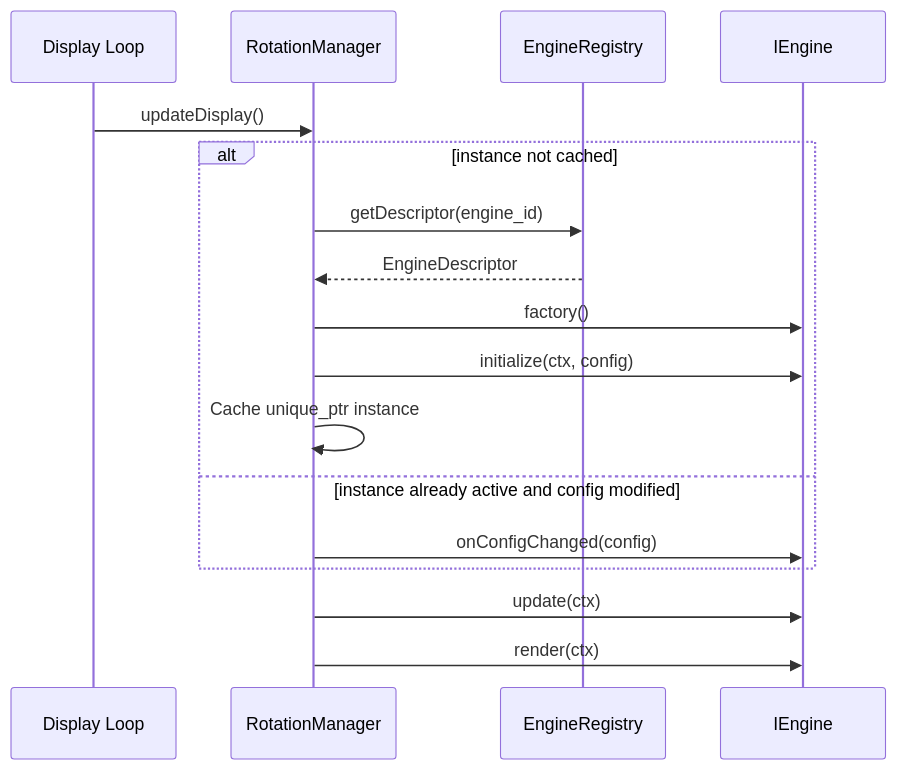
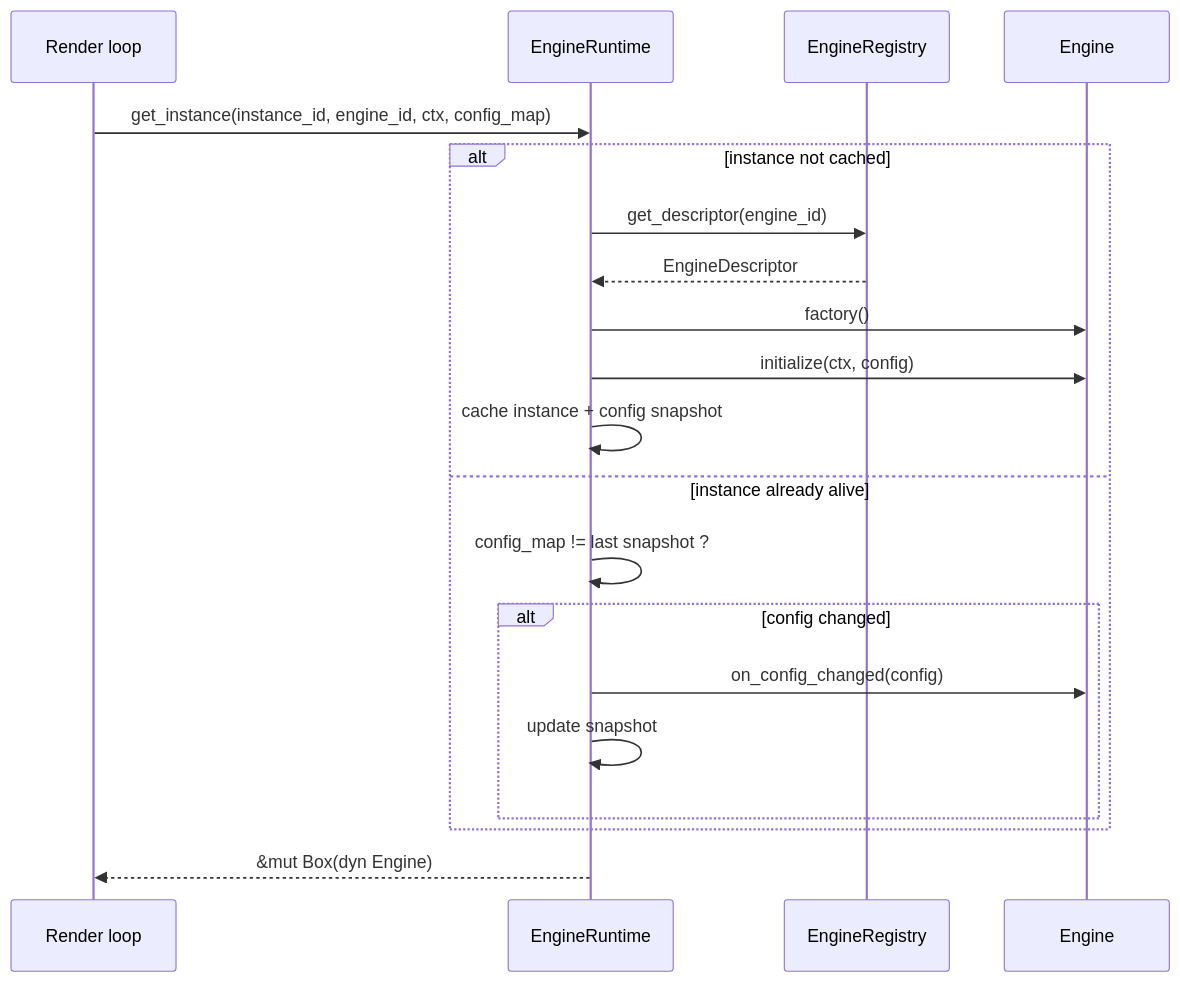
The fourth of 15 diagrams in docs/ARCHITECTURE.md (red77290/ArcadeMatrix), drawn with Mermaid before and after one commit. The commit also changed other lines of this file and 16 other files, not shown here.

````diff
--- a/docs/ARCHITECTURE.md
+++ b/docs/ARCHITECTURE.md
@@ -259,20 +248,23 @@
 ```mermaid
 sequenceDiagram
-    participant MainLoop as Display Loop
-    participant RM as RotationManager
+    participant RLoop as Render loop
+    participant RT as EngineRuntime
     participant Reg as EngineRegistry
-    participant Eng as IEngine
+    participant Eng as Engine
 
-    MainLoop->>RM: updateDisplay()
+    RLoop->>RT: get_instance(instance_id, engine_id, ctx, config_map)
     alt instance not cached
-        RM->>Reg: getDescriptor(engine_id)
-        Reg-->>RM: EngineDescriptor
-        RM->>Eng: factory()
-        RM->>Eng: initialize(ctx, config)
-        RM->>RM: Cache unique_ptr instance
-    else instance already active and config modified
-        RM->>Eng: onConfigChanged(config)
+        RT->>Reg: get_descriptor(engine_id)
+        Reg-->>RT: EngineDescriptor
+        RT->>Eng: factory()
+        RT->>Eng: initialize(ctx, config)
+        RT->>RT: cache instance + config snapshot
+    else instance already alive
+        RT->>RT: config_map != last snapshot ?
+        alt config changed
+            RT->>Eng: on_config_changed(config)
+            RT->>RT: update snapshot
+        end
     end
-    RM->>Eng: update(ctx)
-    RM->>Eng: render(ctx)
+    RT-->>RLoop: &mut Box(dyn Engine)
 ```
````
